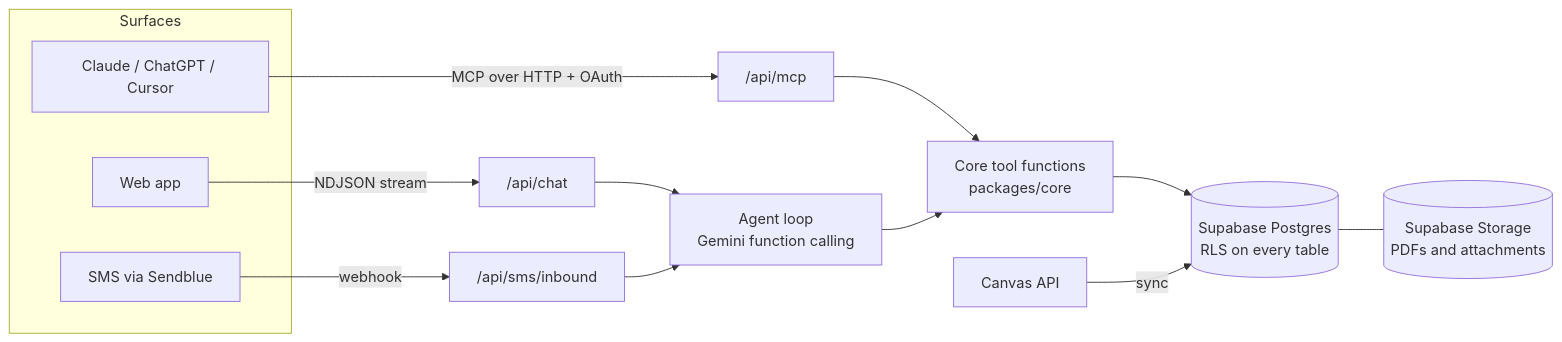
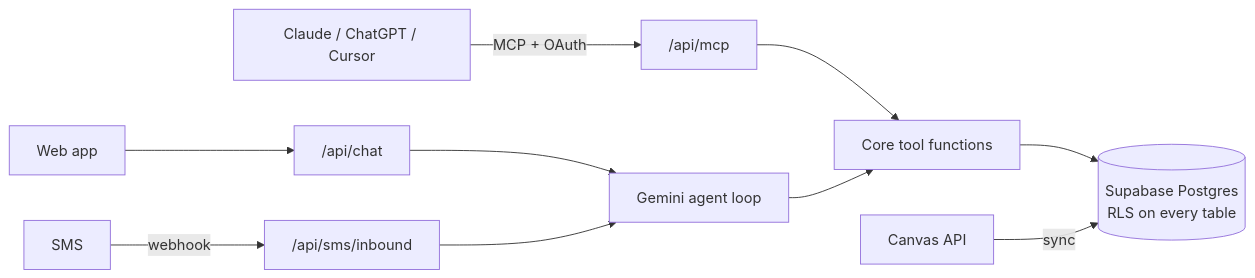
Before and after one commit to allena3103/Pluto: the diagram in README.md, drawn with Mermaid. The commit also changed other lines of this file, not shown here.

````diff
--- a/README.md
+++ b/README.md
@@ -57,18 +21,12 @@
 ```mermaid
 flowchart LR
-  subgraph Surfaces
-    C[Claude / ChatGPT / Cursor]
-    W[Web app]
-    S[SMS via Sendblue]
-  end
-  C -- MCP over HTTP + OAuth --> M["/api/mcp"]
-  W -- NDJSON stream --> CH["/api/chat"]
-  S -- webhook --> IN["/api/sms/inbound"]
-  CH --> A[Agent loop<br/>Gemini function calling]
+  C[Claude / ChatGPT / Cursor] -- MCP + OAuth --> M["/api/mcp"]
+  W[Web app] --> CH["/api/chat"]
+  S[SMS] -- webhook --> IN["/api/sms/inbound"]
+  CH --> A[Gemini agent loop]
   IN --> A
-  M --> T[Core tool functions<br/>packages/core]
+  M --> T[Core tool functions]
   A --> T
   T --> DB[(Supabase Postgres<br/>RLS on every table)]
   CV[Canvas API] -- sync --> DB
-  DB --- ST[(Supabase Storage<br/>PDFs and attachments)]
 ```
````
